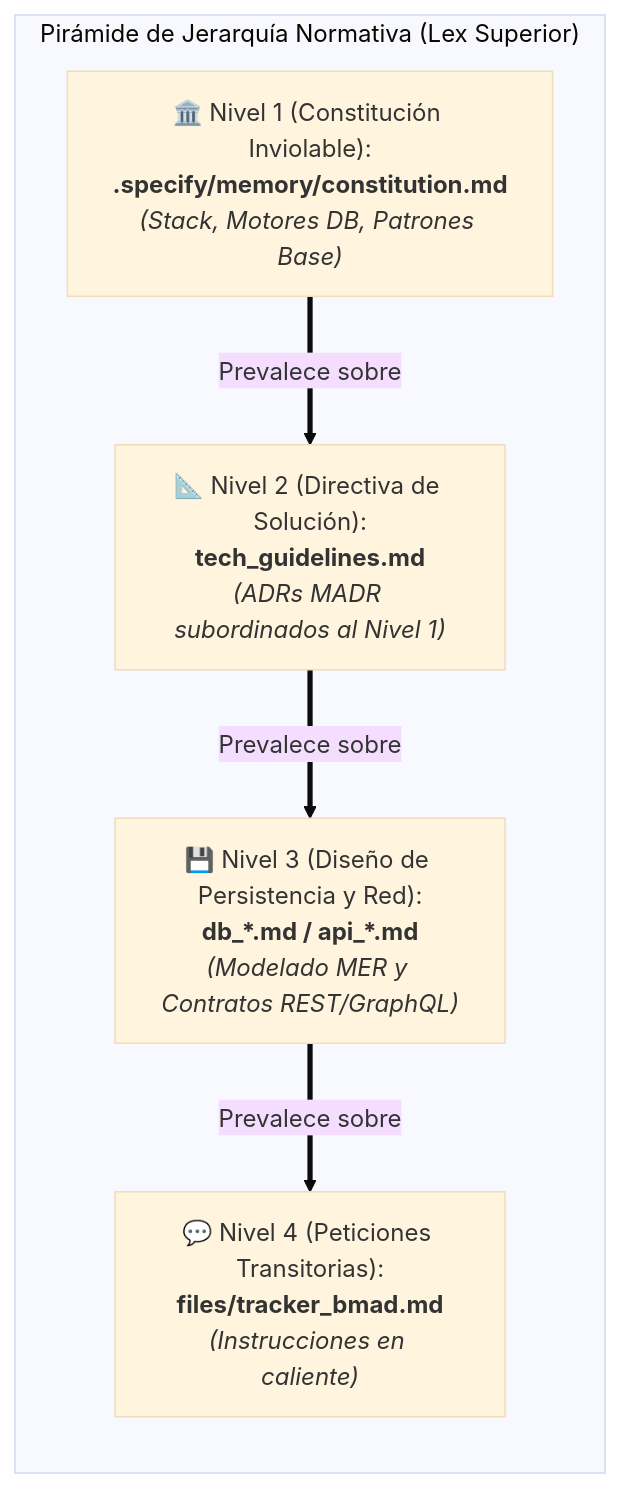
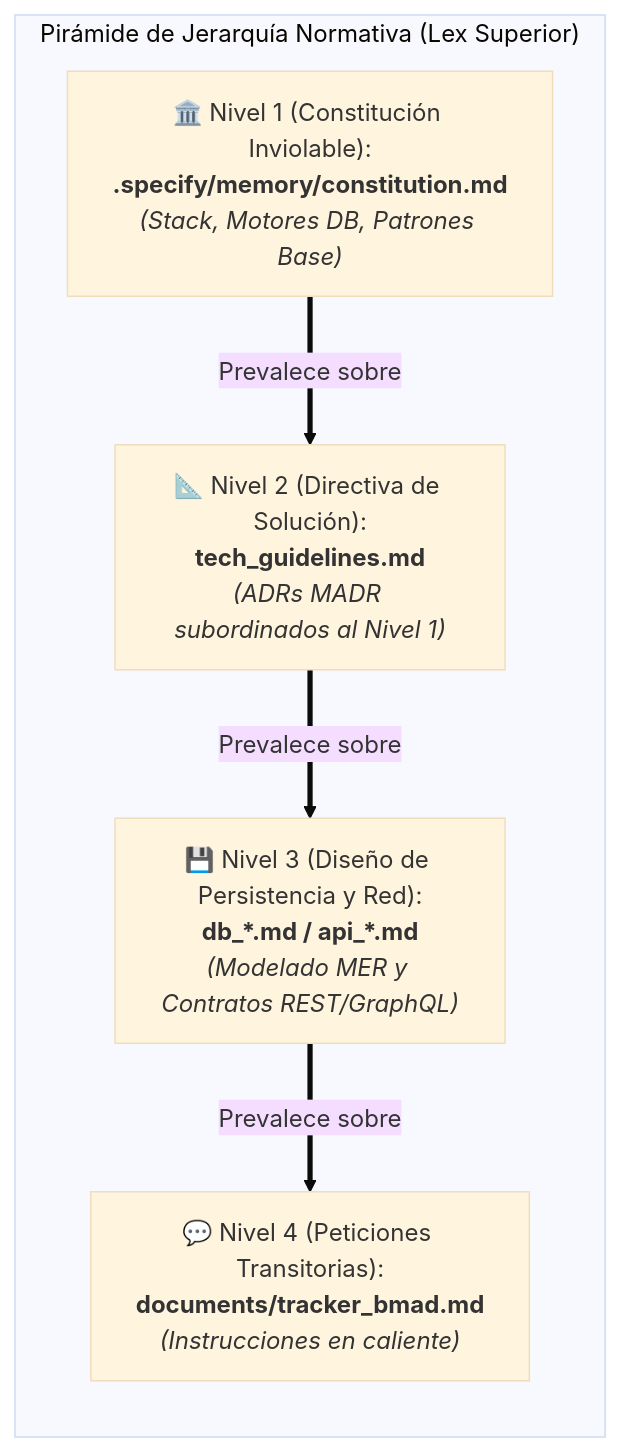
One commit to pauloravicaceres/template-bmad changed the second of 2 diagrams in README.md. Above: the diagram before and after it, drawn with Mermaid (base theme). The commit also changed other lines of this file and 110 other files, not shown here.

Commit message:
Refactor file paths from 'files/' to 'documents/' across the BMAD framework to enhance organization and clarity. Updated references in documentation, scripts, and agent instructions to ensure consistency and maintain functionality.

````diff
--- a/README.md
+++ b/README.md
@@ -134,14 +134,14 @@
 ```mermaid
 flowchart TD
     subgraph JerarquiaNormativa ["Pirámide de Jerarquía Normativa (Lex Superior)"]
         direction TB
         L1["🏛️ Nivel 1 (Constitución Inviolable):<br><b>.specify/memory/constitution.md</b><br><i>(Stack, Motores DB, Patrones Base)</i>"]
         L2["📐 Nivel 2 (Directiva de Solución):<br><b>tech_guidelines.md</b><br><i>(ADRs MADR subordinados al Nivel 1)</i>"]
         L3["💾 Nivel 3 (Diseño de Persistencia y Red):<br><b>db_*.md / api_*.md</b><br><i>(Modelado MER y Contratos REST/GraphQL)</i>"]
-        L4["💬 Nivel 4 (Peticiones Transitorias):<br><b>files/tracker_bmad.md</b><br><i>(Instrucciones en caliente)</i>"]
+        L4["💬 Nivel 4 (Peticiones Transitorias):<br><b>documents/tracker_bmad.md</b><br><i>(Instrucciones en caliente)</i>"]
     end
     
     L1 ==>|Prevalece sobre| L2
     L2 ==>|Prevalece sobre| L3
     L3 ==>|Prevalece sobre| L4
 ```
````
